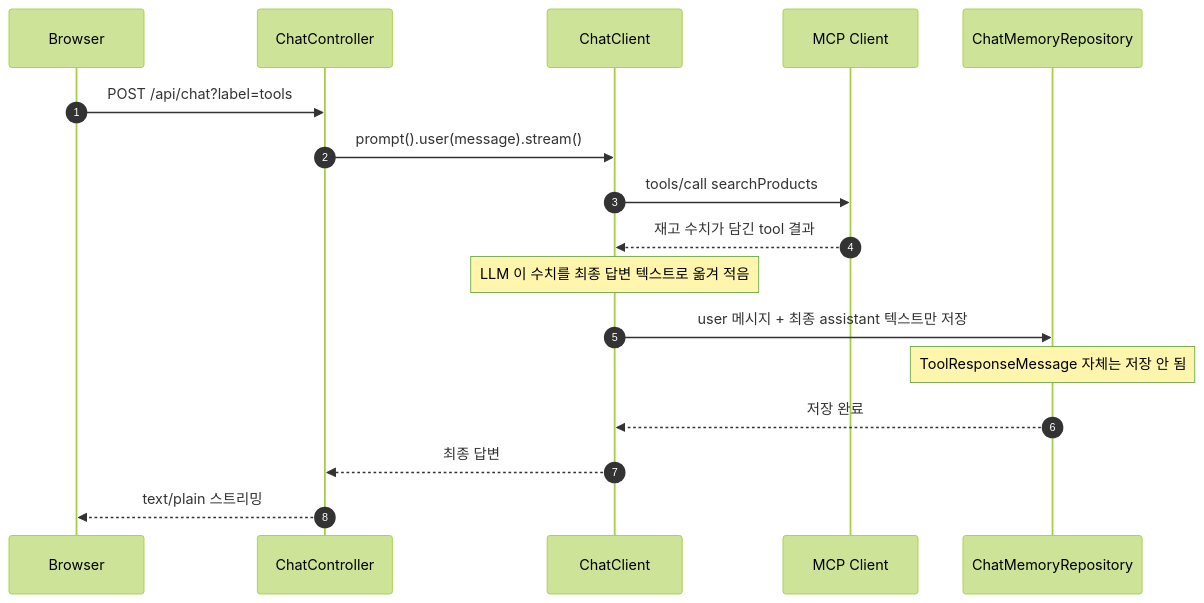
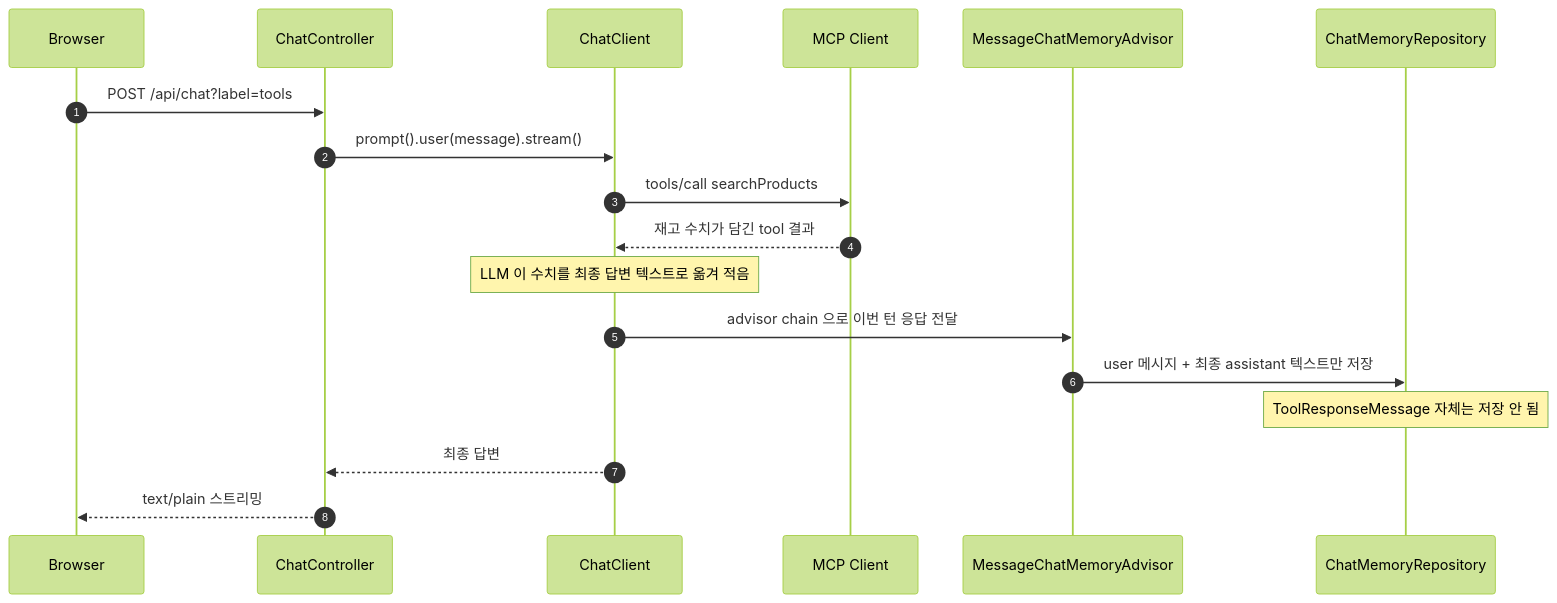
The third of 3 diagrams in practice/mcp-security-authn-chat-memory/SEQUENCES.md (starryeye/spring-ai), drawn with Mermaid (forest theme) before and after one commit. The commit also changed other lines of this file and 12 other files, not shown here.

````diff
--- a/practice/mcp-security-authn-chat-memory/SEQUENCES.md
+++ b/practice/mcp-security-authn-chat-memory/SEQUENCES.md
@@ -95,19 +98,20 @@
 ```mermaid
 sequenceDiagram
     autonumber
     participant U as Browser
     participant CC as ChatController
     participant CL as ChatClient
     participant MC as MCP Client
+    participant MA as MessageChatMemoryAdvisor
     participant ST as ChatMemoryRepository
     U->>CC: POST /api/chat?label=tools
     CC->>CL: prompt().user(message).stream()
     CL->>MC: tools/call searchProducts
     MC-->>CL: 재고 수치가 담긴 tool 결과
     Note over CL: LLM 이 수치를 최종 답변 텍스트로 옮겨 적음
-    CL->>ST: user 메시지 + 최종 assistant 텍스트만 저장
+    CL->>MA: advisor chain 으로 이번 턴 응답 전달
+    MA->>ST: user 메시지 + 최종 assistant 텍스트만 저장
     Note over ST: ToolResponseMessage 자체는 저장 안 됨
-    ST-->>CL: 저장 완료
     CL-->>CC: 최종 답변
     CC-->>U: text/plain 스트리밍
 ```
````
